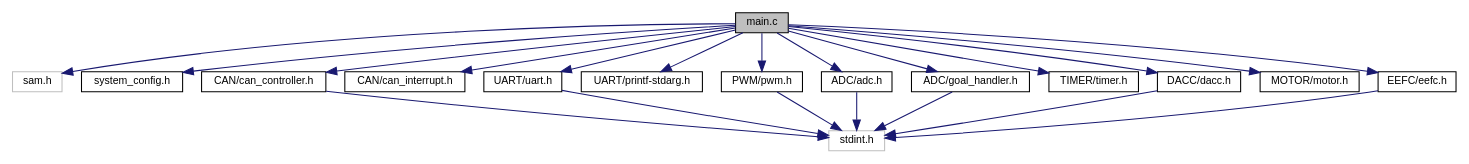
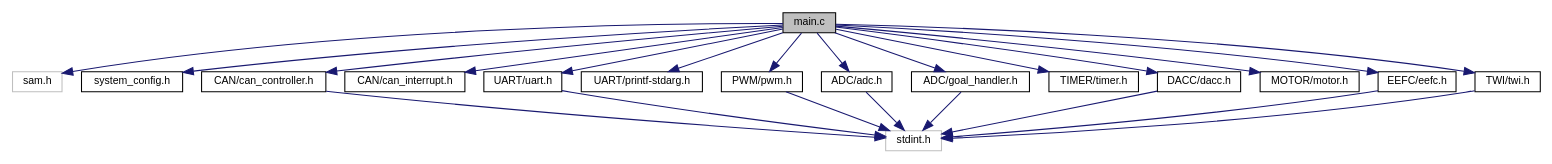
The diagram in docs/atsam3x8e/main_8c__incl.dot (Sivaranjith1/Ping_Pong_embedded_project), drawn with Graphviz before and after one commit. The commit also changed 142 other files, not shown here.

```diff
--- a/docs/atsam3x8e/main_8c__incl.dot
+++ b/docs/atsam3x8e/main_8c__incl.dot
@@ -1,41 +1,44 @@
 digraph "main.c"
 {
  // LATEX_PDF_SIZE
   edge [fontname="Helvetica",fontsize="10",labelfontname="Helvetica",labelfontsize="10"];
   node [fontname="Helvetica",fontsize="10",shape=record];
   Node1 [label="main.c",height=0.2,width=0.4,color="black", fillcolor="grey75", style="filled", fontcolor="black",tooltip="The main application of the ATSAME3X8E for this project."];
   Node1 -> Node2 [color="midnightblue",fontsize="10",style="solid",fontname="Helvetica"];
   Node2 [label="sam.h",height=0.2,width=0.4,color="grey75", fillcolor="white", style="filled",tooltip=" "];
   Node1 -> Node3 [color="midnightblue",fontsize="10",style="solid",fontname="Helvetica"];
   Node3 [label="system_config.h",height=0.2,width=0.4,color="black", fillcolor="white", style="filled",URL="$system__config_8h.html",tooltip="Global configuration for the ATSAME3X8E."];
   Node1 -> Node4 [color="midnightblue",fontsize="10",style="solid",fontname="Helvetica"];
   Node4 [label="CAN/can_controller.h",height=0.2,width=0.4,color="black", fillcolor="white", style="filled",URL="$can__controller_8h.html",tooltip="Init, send and receive can frames for ATSAM3X8E."];
   Node4 -> Node5 [color="midnightblue",fontsize="10",style="solid",fontname="Helvetica"];
   Node5 [label="stdint.h",height=0.2,width=0.4,color="grey75", fillcolor="white", style="filled",tooltip=" "];
   Node1 -> Node6 [color="midnightblue",fontsize="10",style="solid",fontname="Helvetica"];
   Node6 [label="CAN/can_interrupt.h",height=0.2,width=0.4,color="black", fillcolor="white", style="filled",URL="$can__interrupt_8h.html",tooltip="Interrupt function when receiving CAN messages on CAN0."];
   Node1 -> Node7 [color="midnightblue",fontsize="10",style="solid",fontname="Helvetica"];
   Node7 [label="UART/uart.h",height=0.2,width=0.4,color="black", fillcolor="white", style="filled",URL="$uart_8h.html",tooltip="A simple interface for receiving and transmitting characters to a computer using UART via the on boar..."];
   Node7 -> Node5 [color="midnightblue",fontsize="10",style="solid",fontname="Helvetica"];
   Node1 -> Node8 [color="midnightblue",fontsize="10",style="solid",fontname="Helvetica"];
   Node8 [label="UART/printf-stdarg.h",height=0.2,width=0.4,color="black", fillcolor="white", style="filled",URL="$printf-stdarg_8h.html",tooltip=" "];
   Node1 -> Node9 [color="midnightblue",fontsize="10",style="solid",fontname="Helvetica"];
   Node9 [label="PWM/pwm.h",height=0.2,width=0.4,color="black", fillcolor="white", style="filled",URL="$pwm_8h.html",tooltip="Driver for PWM on channel 5 and 6 of the ATSAM3X8E."];
   Node9 -> Node5 [color="midnightblue",fontsize="10",style="solid",fontname="Helvetica"];
   Node1 -> Node10 [color="midnightblue",fontsize="10",style="solid",fontname="Helvetica"];
   Node10 [label="ADC/adc.h",height=0.2,width=0.4,color="black", fillcolor="white", style="filled",URL="$adc_8h.html",tooltip="Driver for reading internal ADC values from ATSAM3X8E."];
   Node10 -> Node5 [color="midnightblue",fontsize="10",style="solid",fontname="Helvetica"];
   Node1 -> Node11 [color="midnightblue",fontsize="10",style="solid",fontname="Helvetica"];
   Node11 [label="ADC/goal_handler.h",height=0.2,width=0.4,color="black", fillcolor="white", style="filled",URL="$goal__handler_8h.html",tooltip="Driver for keeping account of Goals, it read the IR sensor value. Depends on the ADC."];
   Node11 -> Node5 [color="midnightblue",fontsize="10",style="solid",fontname="Helvetica"];
   Node1 -> Node12 [color="midnightblue",fontsize="10",style="solid",fontname="Helvetica"];
   Node12 [label="TIMER/timer.h",height=0.2,width=0.4,color="black", fillcolor="white", style="filled",URL="$timer_8h.html",tooltip="ATSAM's internal timer drivers."];
   Node1 -> Node13 [color="midnightblue",fontsize="10",style="solid",fontname="Helvetica"];
-  Node13 [label="DACC/dacc.h",height=0.2,width=0.4,color="black", fillcolor="white", style="filled",URL="$dacc_8h_source.html",tooltip=" "];
+  Node13 [label="DACC/dacc.h",height=0.2,width=0.4,color="black", fillcolor="white", style="filled",URL="$dacc_8h.html",tooltip="A driver for using the ATSAMS internal DACC. Converting digital values to analog signals."];
   Node13 -> Node5 [color="midnightblue",fontsize="10",style="solid",fontname="Helvetica"];
   Node1 -> Node14 [color="midnightblue",fontsize="10",style="solid",fontname="Helvetica"];
   Node14 [label="MOTOR/motor.h",height=0.2,width=0.4,color="black", fillcolor="white", style="filled",URL="$motor_8h.html",tooltip="Motor controller driver for position."];
   Node1 -> Node15 [color="midnightblue",fontsize="10",style="solid",fontname="Helvetica"];
-  Node15 [label="EEFC/eefc.h",height=0.2,width=0.4,color="black", fillcolor="white", style="filled",URL="$eefc_8h_source.html",tooltip=" "];
+  Node15 [label="EEFC/eefc.h",height=0.2,width=0.4,color="black", fillcolor="white", style="filled",URL="$eefc_8h.html",tooltip="Driver for the use of flash memory, includes both reading and writing functionality."];
   Node15 -> Node5 [color="midnightblue",fontsize="10",style="solid",fontname="Helvetica"];
+  Node1 -> Node16 [color="midnightblue",fontsize="10",style="solid",fontname="Helvetica"];
+  Node16 [label="TWI/twi.h",height=0.2,width=0.4,color="black", fillcolor="white", style="filled",URL="$twi_8h.html",tooltip="Set-up for TWI and I2C use, sadly ran out of time before being able to finalise its use,..."];
+  Node16 -> Node5 [color="midnightblue",fontsize="10",style="solid",fontname="Helvetica"];
 }
```
